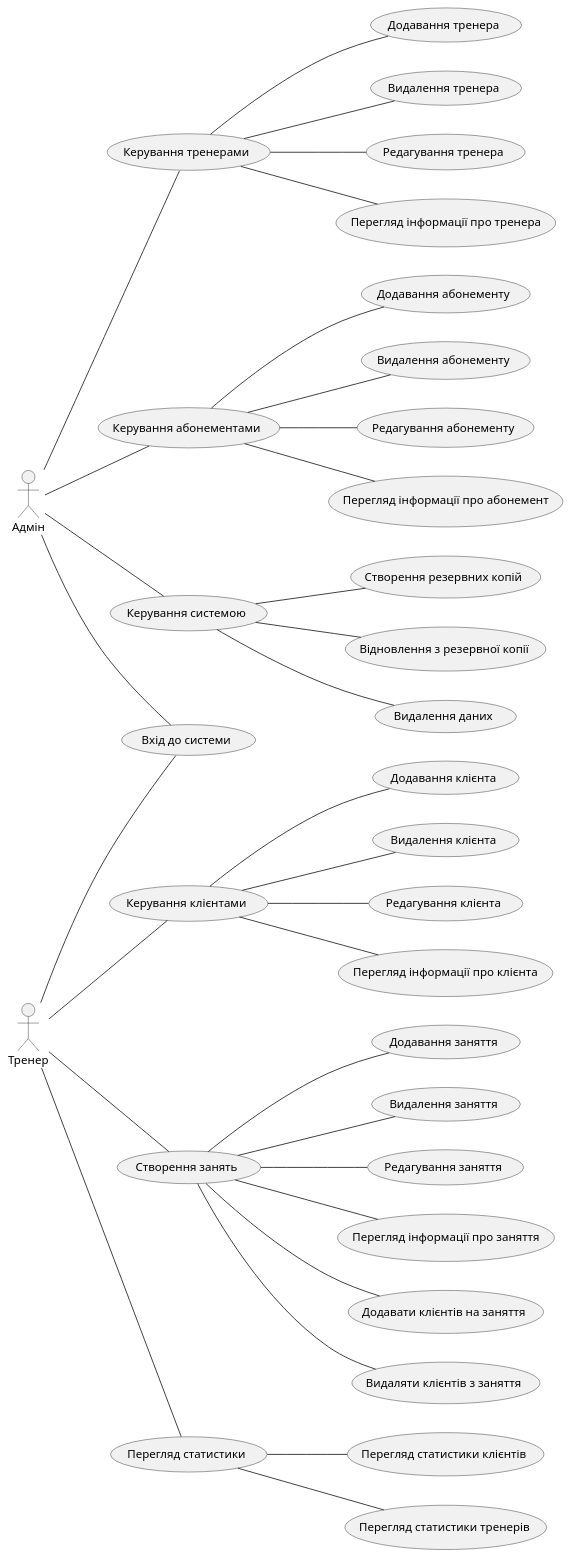
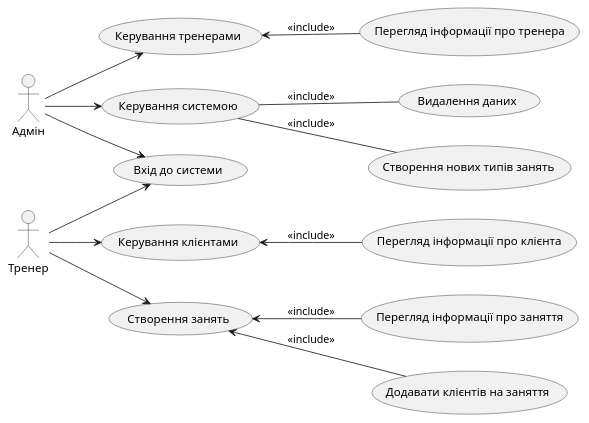
The diagram in Task4/docs/puml/precedents.puml (NureSorokinVadym/apz-pzpi-21-4-sorokin-vadym), drawn with PlantUML before and after one commit. The commit also changed 50 other files, not shown here.

```diff
--- a/Task4/docs/puml/precedents.puml
+++ b/Task4/docs/puml/precedents.puml
@@ -1,46 +1,26 @@
 @startuml
 actor Admin as "Адмін"
 actor Personal as "Тренер"
 
 left to right direction
 
-Admin -- (Керування тренерами)
-(Керування тренерами) -- (Додавання тренера)
-(Керування тренерами) -- (Видалення тренера)
-(Керування тренерами) -- (Редагування тренера)
-(Керування тренерами) -- (Перегляд інформації про тренера)
+Admin --> (Керування тренерами)
+(Керування тренерами) <-- (Перегляд інформації про тренера): <<include>>
 
-Personal -- (Керування клієнтами)
-(Керування клієнтами) -- (Додавання клієнта)
-(Керування клієнтами) -- (Видалення клієнта)
-(Керування клієнтами) -- (Редагування клієнта)
-(Керування клієнтами) -- (Перегляд інформації про клієнта)
+Personal --> (Керування клієнтами)
+(Керування клієнтами) <-- (Перегляд інформації про клієнта): <<include>>
 
-Personal -- (Створення занять)
-(Створення занять) -- (Додавання заняття)
-(Створення занять) -- (Видалення заняття)
-(Створення занять) -- (Редагування заняття)
-(Створення занять) -- (Перегляд інформації про заняття)
-(Створення занять) -- (Додавати клієнтів на заняття)
-(Створення занять) -- (Видаляти клієнтів з заняття)
+Personal --> (Створення занять)
+(Створення занять) <-- (Перегляд інформації про заняття): <<include>>
+(Створення занять) <-- (Додавати клієнтів на заняття): <<include>>
 
-Personal -- (Перегляд статистики)
-(Перегляд статистики) -- (Перегляд статистики клієнтів)
-(Перегляд статистики) -- (Перегляд статистики тренерів)
 
-Admin -- (Керування абонементами)
-(Керування абонементами) -- (Додавання абонементу)
-(Керування абонементами) -- (Видалення абонементу)
-(Керування абонементами) -- (Редагування абонементу)
-(Керування абонементами) -- (Перегляд інформації про абонемент)
+Admin --> (Керування системою)
+(Керування системою) -- (Видалення даних): <<include>>
+(Керування системою) -- (Створення нових типів занять): <<include>>
 
-Admin -- (Керування системою)
-(Керування системою) -- (Створення резервних копій)
-(Керування системою) -- (Відновлення з резервної копії)
-(Керування системою) -- (Видалення даних)
-
-Personal -- (Вхід до системи)
-Admin -- (Вхід до системи)
+Personal --> (Вхід до системи)
+Admin --> (Вхід до системи)
 
 
 @enduml
```
